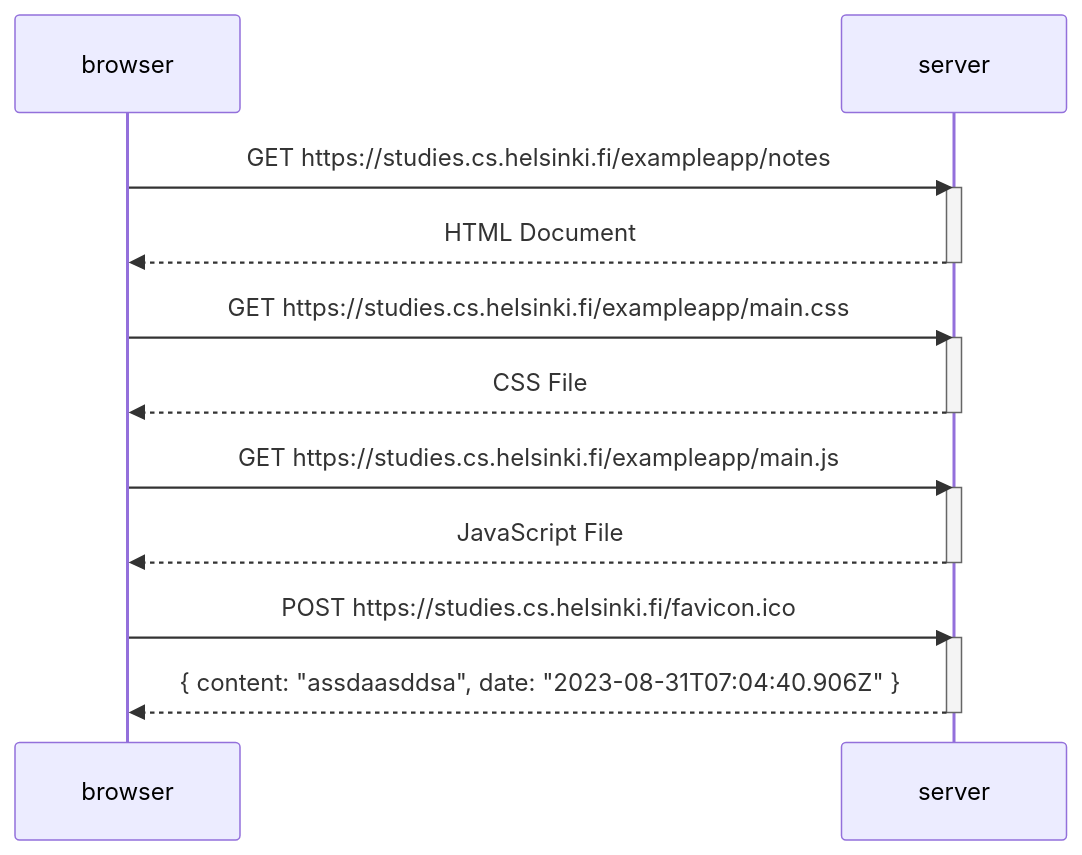
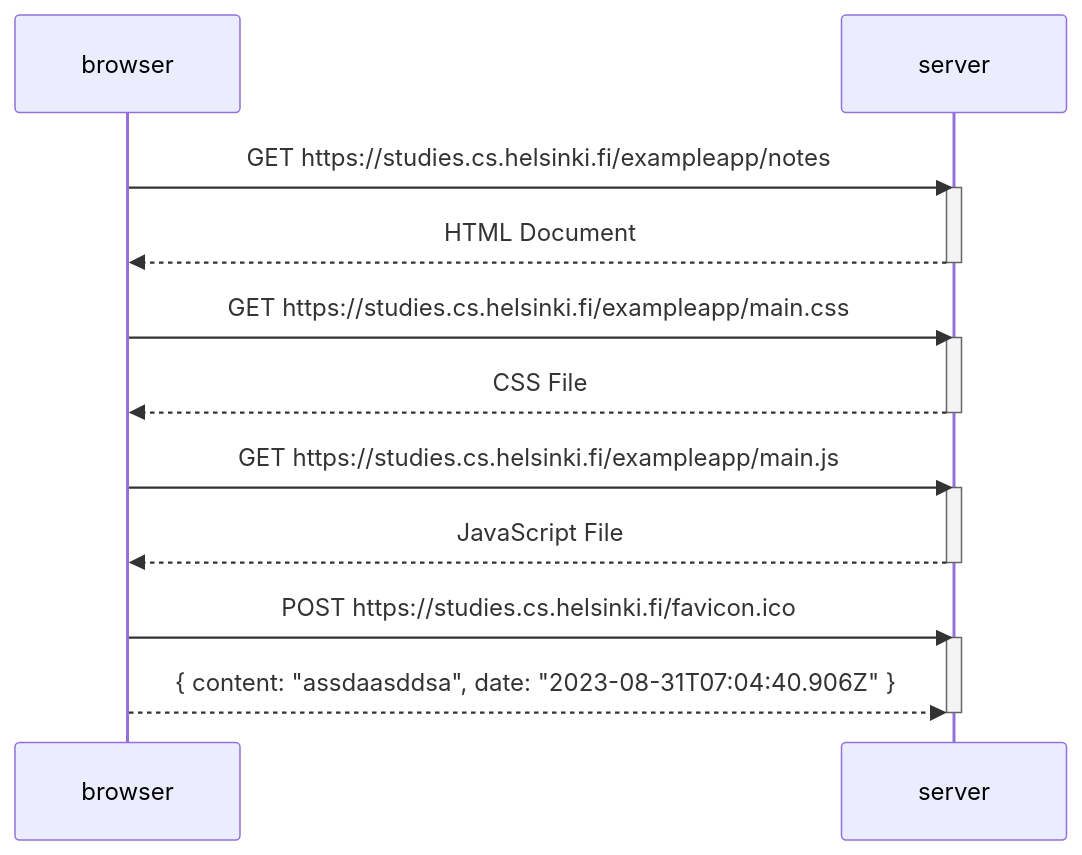
One commit to valtteriper/FullstackOpen changed the diagram in part_0_4.md. Above: the diagram before and after it, drawn with Mermaid.

````diff
--- a/part_0_4.md
+++ b/part_0_4.md
@@ -1,26 +1,26 @@
 ```mermaid
 sequenceDiagram
     participant browser
     participant server
     
     browser->>server: GET https://studies.cs.helsinki.fi/exampleapp/notes
     activate server
     server-->>browser: HTML Document
     deactivate server
 
     browser->>server: GET https://studies.cs.helsinki.fi/exampleapp/main.css
     activate server
     server-->>browser: CSS File
     deactivate server
 
     browser->>server: GET https://studies.cs.helsinki.fi/exampleapp/main.js
     activate server
     server-->>browser: JavaScript File
     deactivate server
 
     browser->>server: POST https://studies.cs.helsinki.fi/favicon.ico
     activate server
-    server-->>browser: { content: "assdaasddsa", date: "2023-08-31T07:04:40.906Z" }
+    browser-->>server: { content: "assdaasddsa", date: "2023-08-31T07:04:40.906Z" }
     deactivate server
 
 ```
````
